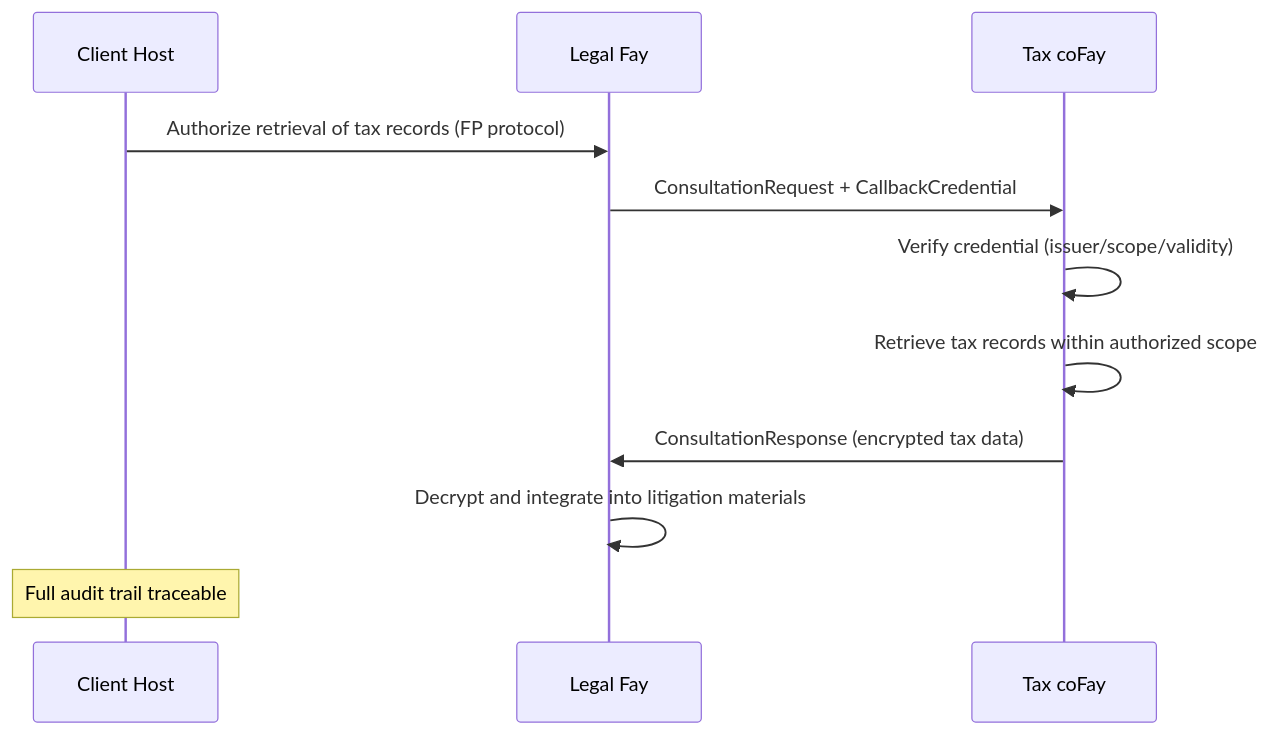
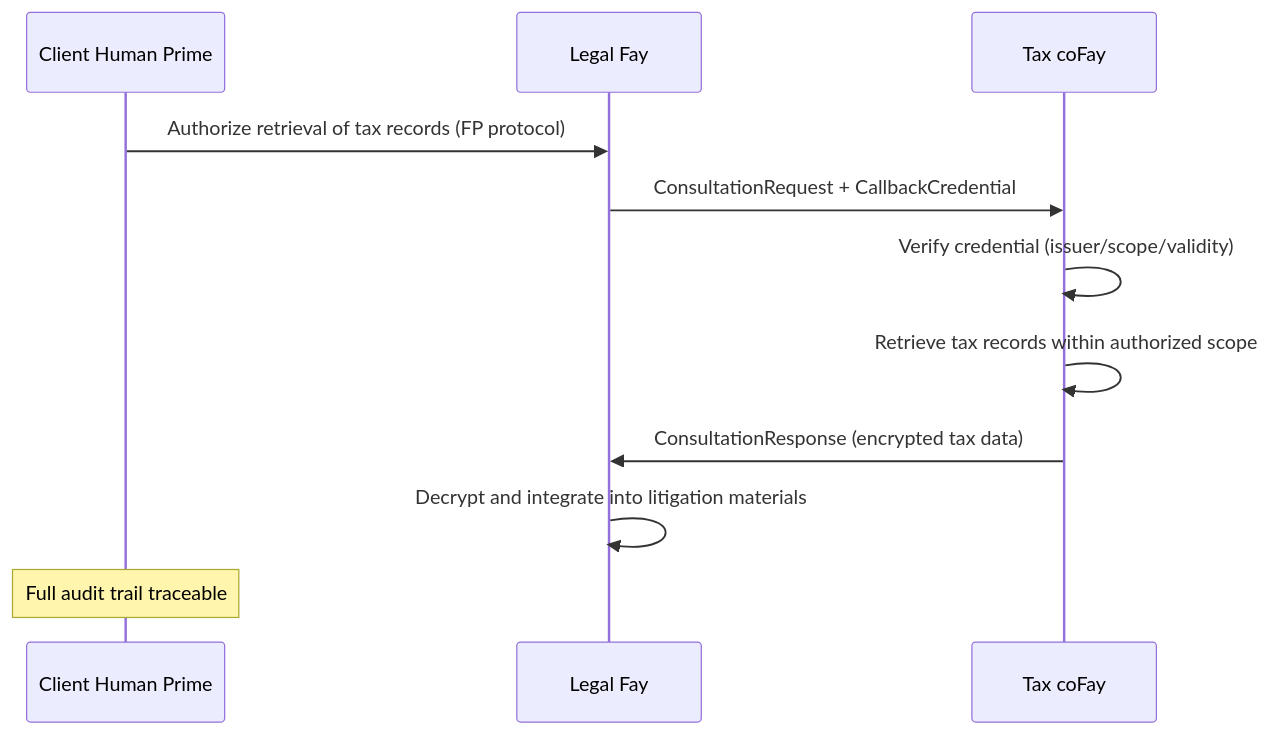
One commit to ChainModePilot/Telepathy-Protocol changed the third of 5 diagrams in docs/en/blueprint/4-application-scenarios.md. Above: the diagram before and after it, drawn with Mermaid. The commit also changed other lines of this file and 68 other files, not shown here.

First line of the commit message:
Use 'Human Prime' instead of 'Host' in blueprints

````diff
--- a/docs/en/blueprint/4-application-scenarios.md
+++ b/docs/en/blueprint/4-application-scenarios.md
@@ -84,14 +84,14 @@
 ```mermaid
 sequenceDiagram
-    participant C as Client Host
+    participant C as Client Human Prime
     participant LF as Legal Fay
     participant TF as Tax coFay
 
     C->>LF: Authorize retrieval of tax records (FP protocol)
     LF->>TF: ConsultationRequest + CallbackCredential
     TF->>TF: Verify credential (issuer/scope/validity)
     TF->>TF: Retrieve tax records within authorized scope
     TF->>LF: ConsultationResponse (encrypted tax data)
     LF->>LF: Decrypt and integrate into litigation materials
     Note over C: Full audit trail traceable
 ```
````
